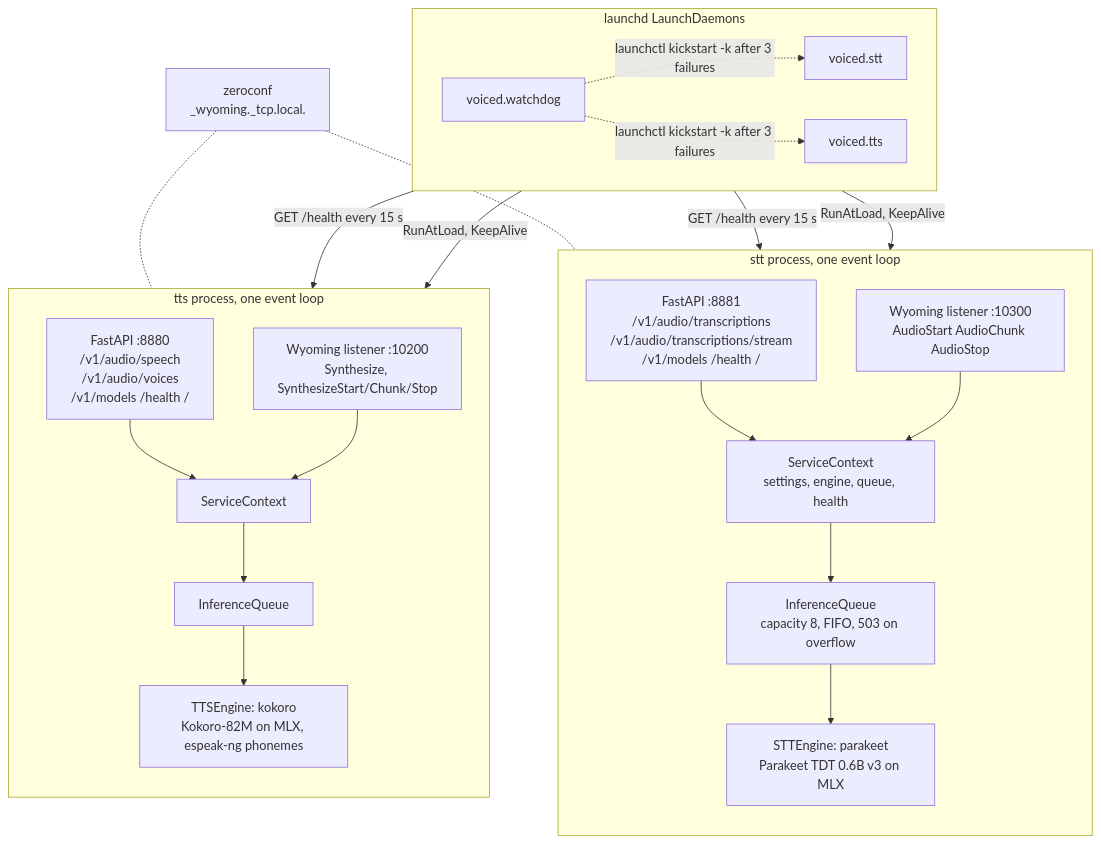
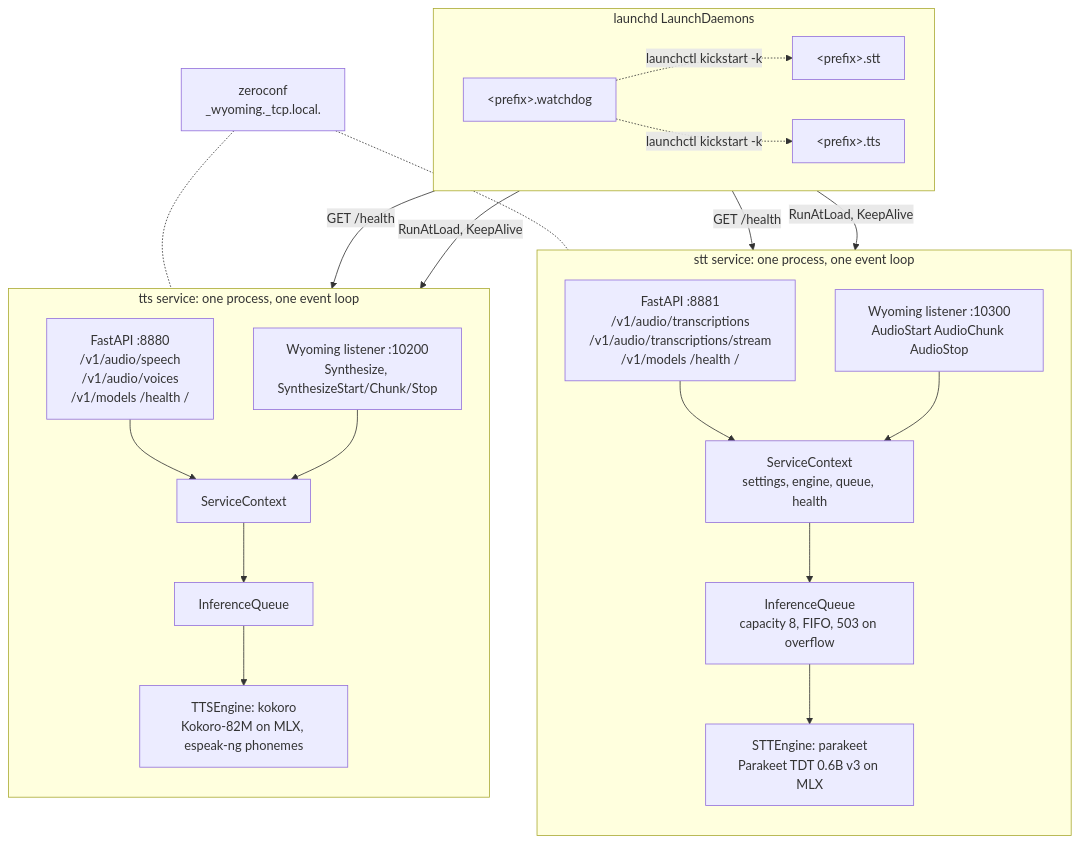
The diagram in docs/architecture.md (JulianBeaulieu/voiced), drawn with Mermaid before and after one commit. The commit also changed other lines of this file and 8 other files, not shown here.

````diff
--- a/docs/architecture.md
+++ b/docs/architecture.md
@@ -11,43 +11,43 @@
 ```mermaid
 flowchart TB
     subgraph launchd [launchd LaunchDaemons]
         direction LR
-        d_stt[voiced.stt]
-        d_tts[voiced.tts]
-        d_wd[voiced.watchdog]
+        d_stt["&lt;prefix&gt;.stt"]
+        d_tts["&lt;prefix&gt;.tts"]
+        d_wd["&lt;prefix&gt;.watchdog"]
     end
 
-    subgraph stt [stt process, one event loop]
+    subgraph stt [stt service: one process, one event loop]
         direction TB
         s_http[FastAPI :8881<br/>/v1/audio/transcriptions<br/>/v1/audio/transcriptions/stream<br/>/v1/models /health /]
         s_wy[Wyoming listener :10300<br/>AudioStart AudioChunk AudioStop]
         s_ctx[ServiceContext<br/>settings, engine, queue, health]
         s_q[InferenceQueue<br/>capacity 8, FIFO, 503 on overflow]
         s_eng[STTEngine: parakeet<br/>Parakeet TDT 0.6B v3 on MLX]
         s_http --> s_ctx
         s_wy --> s_ctx
         s_ctx --> s_q --> s_eng
     end
 
-    subgraph tts [tts process, one event loop]
+    subgraph tts [tts service: one process, one event loop]
         direction TB
         t_http[FastAPI :8880<br/>/v1/audio/speech<br/>/v1/audio/voices<br/>/v1/models /health /]
         t_wy[Wyoming listener :10200<br/>Synthesize, SynthesizeStart/Chunk/Stop]
         t_ctx[ServiceContext]
         t_q[InferenceQueue]
         t_eng[TTSEngine: kokoro<br/>Kokoro-82M on MLX, espeak-ng phonemes]
         t_http --> t_ctx
         t_wy --> t_ctx
         t_ctx --> t_q --> t_eng
     end
 
     d_stt -->|RunAtLoad, KeepAlive| stt
     d_tts -->|RunAtLoad, KeepAlive| tts
-    d_wd -->|GET /health every 15 s| s_http
-    d_wd -->|GET /health every 15 s| t_http
-    d_wd -.->|launchctl kickstart -k after 3 failures| d_stt
-    d_wd -.->|launchctl kickstart -k after 3 failures| d_tts
+    d_wd -->|GET /health| s_http
+    d_wd -->|GET /health| t_http
+    d_wd -.->|launchctl kickstart -k| d_stt
+    d_wd -.->|launchctl kickstart -k| d_tts
 
     zc[zeroconf<br/>_wyoming._tcp.local.] -.- s_wy
     zc -.- t_wy
 ```
````
